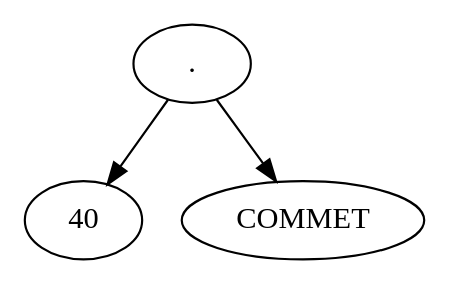
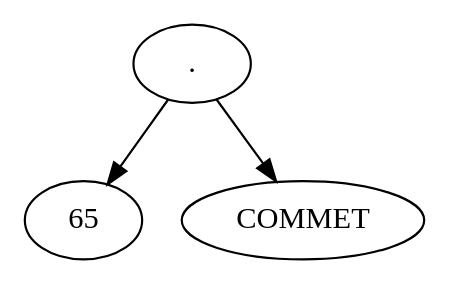
The diagram in backend/src/yalex/ast.dot (Danval-003/LexicalAnalyzer-LL1-SRL-Scanner), drawn with Graphviz before and after one commit. The commit also changed 13 other files, not shown here.

```diff
--- a/backend/src/yalex/ast.dot
+++ b/backend/src/yalex/ast.dot
@@ -1,8 +1,8 @@
 digraph AST {
-	NT514->N1;
-	NT514->NTK514;
-	N1 [ label="40" ];
-	NT514 [ label="." ];
-	NTK514 [ label="COMMET" ];
+	NT1->N1;
+	NT1->NTK1;
+	N1 [ label="65" ];
+	NT1 [ label="." ];
+	NTK1 [ label="COMMET" ];
 
 }
```
